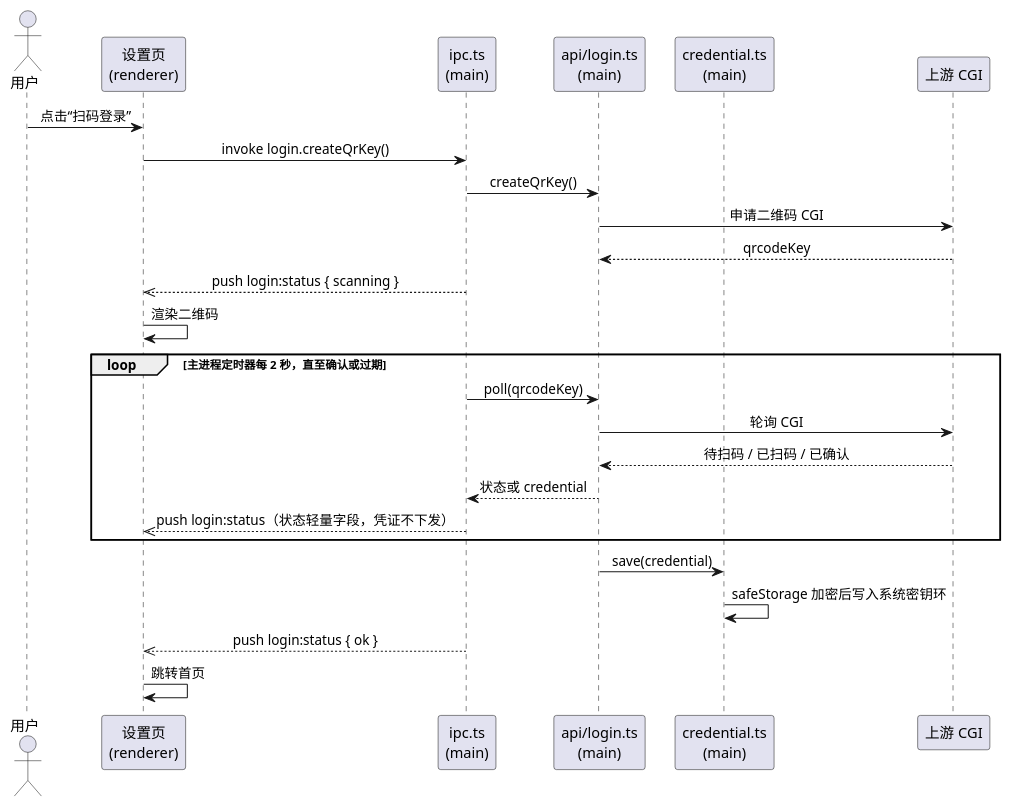
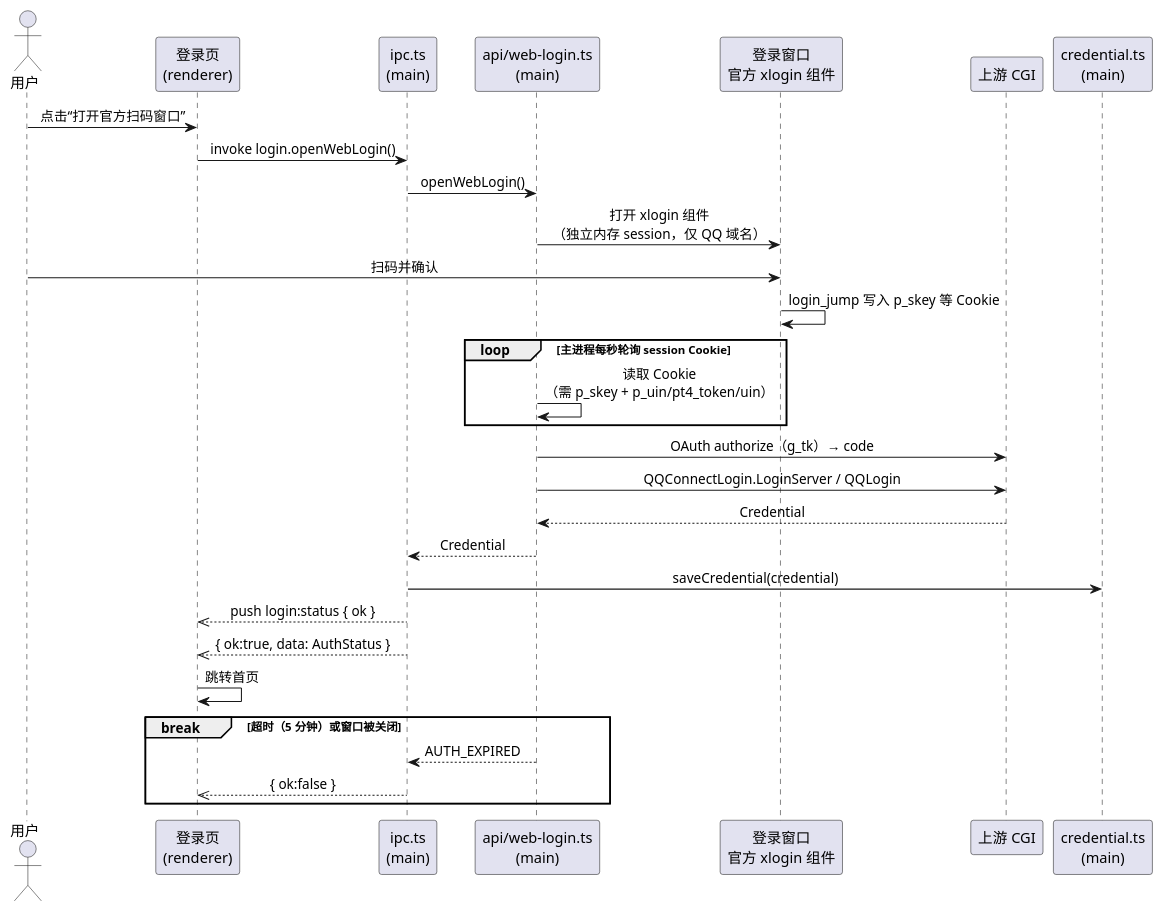
The diagram in diagram/seq-login.puml (54m43lJ/LycheePlayer), drawn with PlantUML before and after one commit. The commit also changed 9 other files, not shown here.

First line of the commit message:
docs: 将 POC 实现事实并入 ARCHITECTURE/CODE，疑点整理进 PENDING #10-12

```diff
--- a/diagram/seq-login.puml
+++ b/diagram/seq-login.puml
@@ -1,32 +1,37 @@
 @startuml seq-login
 skinparam shadowing false
 skinparam defaultTextAlignment center
 
 actor 用户 as U
-participant "设置页\n(renderer)" as UI
+participant "登录页\n(renderer)" as UI
 participant "ipc.ts\n(main)" as IPC
-participant "api/login.ts\n(main)" as LG
+participant "api/web-login.ts\n(main)" as WL
+participant "登录窗口\n官方 xlogin 组件" as XW
+participant "上游 CGI" as UP
 participant "credential.ts\n(main)" as CR
-participant "上游 CGI" as UP
 
-U -> UI : 点击“扫码登录”
-UI -> IPC : invoke login.createQrKey()
-IPC -> LG : createQrKey()
-LG -> UP : 申请二维码 CGI
-UP --> LG : qrcodeKey
-IPC -->> UI : push login:status { scanning }
-UI -> UI : 渲染二维码
+U -> UI : 点击“打开官方扫码窗口”
+UI -> IPC : invoke login.openWebLogin()
+IPC -> WL : openWebLogin()
+WL -> XW : 打开 xlogin 组件\n（独立内存 session，仅 QQ 域名）
+U -> XW : 扫码并确认
+XW -> XW : login_jump 写入 p_skey 等 Cookie
 
-loop 主进程定时器每 2 秒，直至确认或过期
-  IPC -> LG : poll(qrcodeKey)
-  LG -> UP : 轮询 CGI
-  UP --> LG : 待扫码 / 已扫码 / 已确认
-  LG --> IPC : 状态或 credential
-  IPC -->> UI : push login:status（状态轻量字段，凭证不下发）
+loop 主进程每秒轮询 session Cookie
+  WL -> WL : 读取 Cookie\n（需 p_skey + p_uin/pt4_token/uin）
 end
 
-LG -> CR : save(credential)
-CR -> CR : safeStorage 加密后写入系统密钥环
+WL -> UP : OAuth authorize（g_tk）→ code
+WL -> UP : QQConnectLogin.LoginServer / QQLogin
+UP --> WL : Credential
+WL --> IPC : Credential
+IPC -> CR : saveCredential(credential)
 IPC -->> UI : push login:status { ok }
+IPC -->> UI : { ok:true, data: AuthStatus }
 UI -> UI : 跳转首页
+
+break 超时（5 分钟）或窗口被关闭
+  WL --> IPC : AUTH_EXPIRED
+  IPC -->> UI : { ok:false }
+end
 @enduml
```
